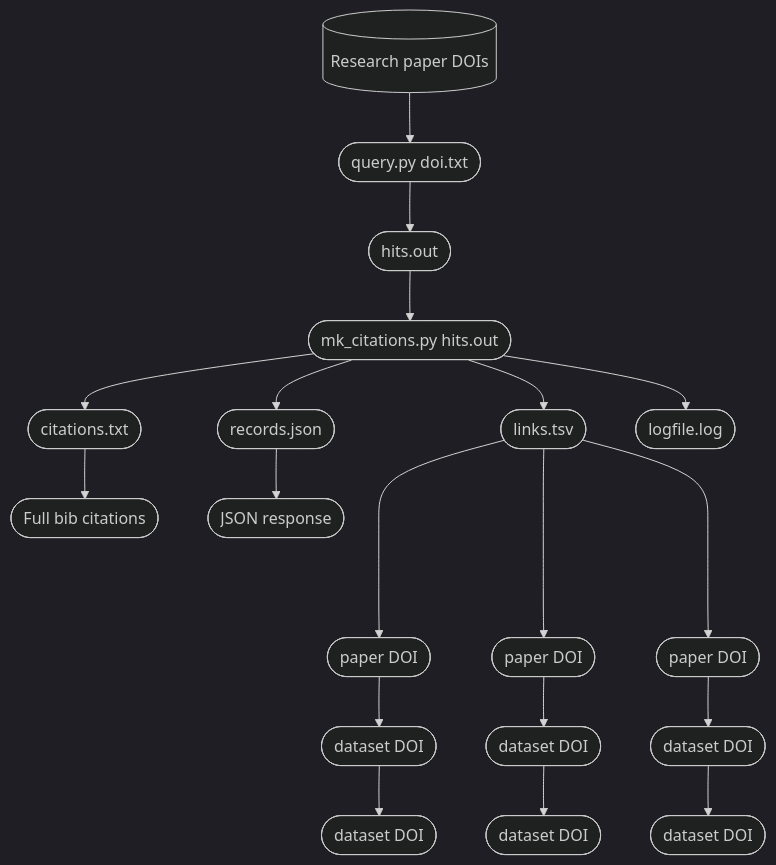
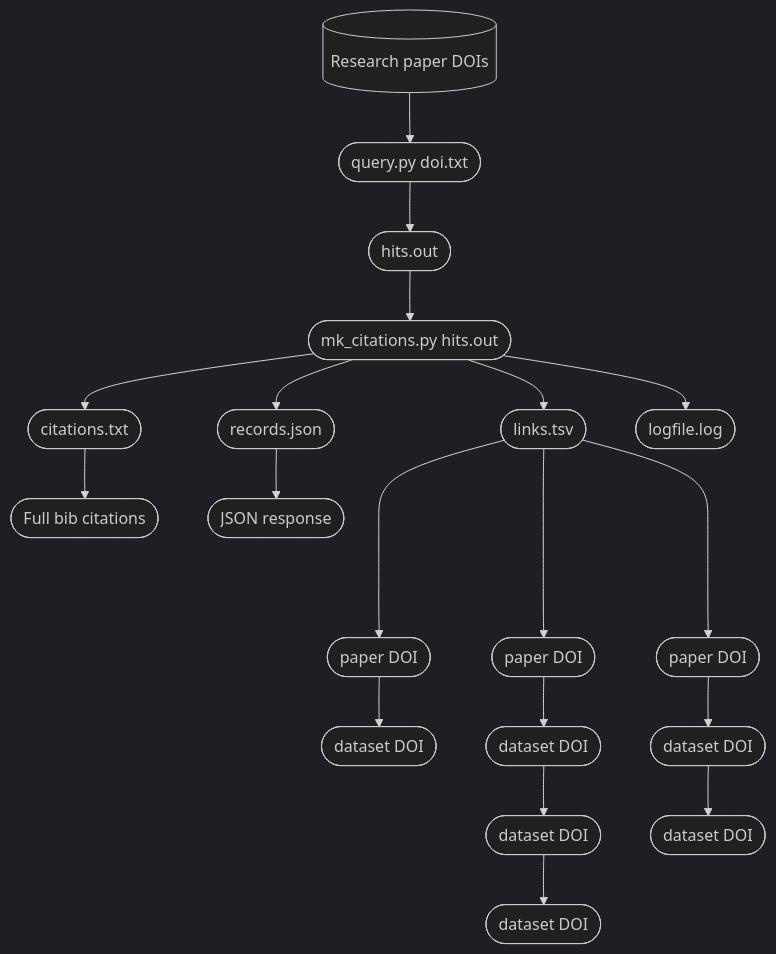
Before and after one commit to sefnyn/scholix: the diagram in README.md, drawn with Mermaid (dark theme).

````diff
--- a/README.md
+++ b/README.md
@@ -3,16 +3,16 @@
 ```mermaid
 graph TD;
     A[(Research paper DOIs)]
     A --> B([query.py doi.txt]);
     B --> C([hits.out]);
     C --> D([mk_citations.py hits.out]);
     D --> E([links.tsv]);
     D --> F([citations.txt]);
     D --> G([records.json]);
     D --> H([logfile.log]);
-    E ----> J1([paper DOI]) --> J2([dataset DOI]) --> J3([dataset DOI]);
-    E ----> J4([paper DOI]) --> J5([dataset DOI]) --> J6([dataset DOI]);
-    E ----> J7([paper DOI]) --> J8([dataset DOI]) --> J0([dataset DOI]);
+    E ----> J1a([paper DOI]) --> J1b([dataset DOI]);
+    E ----> J2a([paper DOI]) --> J2b([dataset DOI]) --> J2c([dataset DOI])  --> J2d([dataset DOI]);
+    E ----> J3a([paper DOI]) --> J3b([dataset DOI]) --> J3c([dataset DOI]);
     F --> K([Full bib citations]);
     G --> L([JSON response]);
 ```
````
